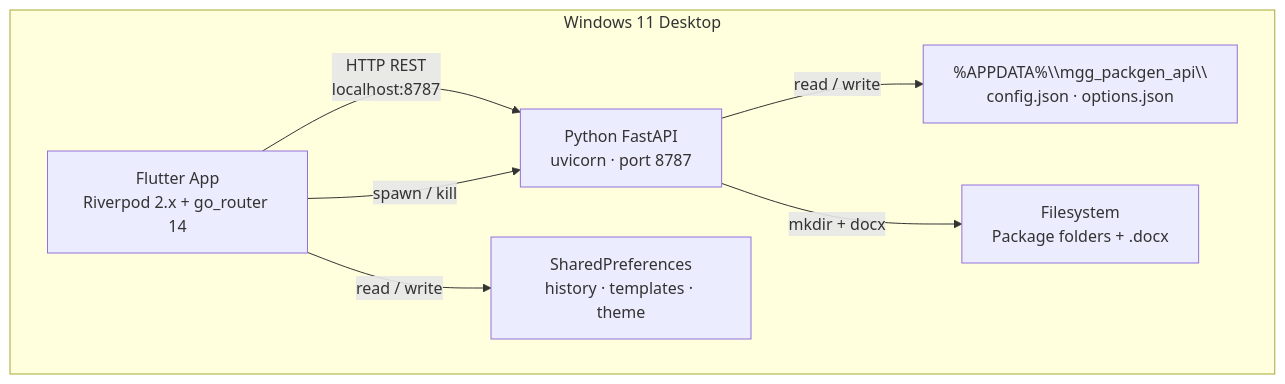
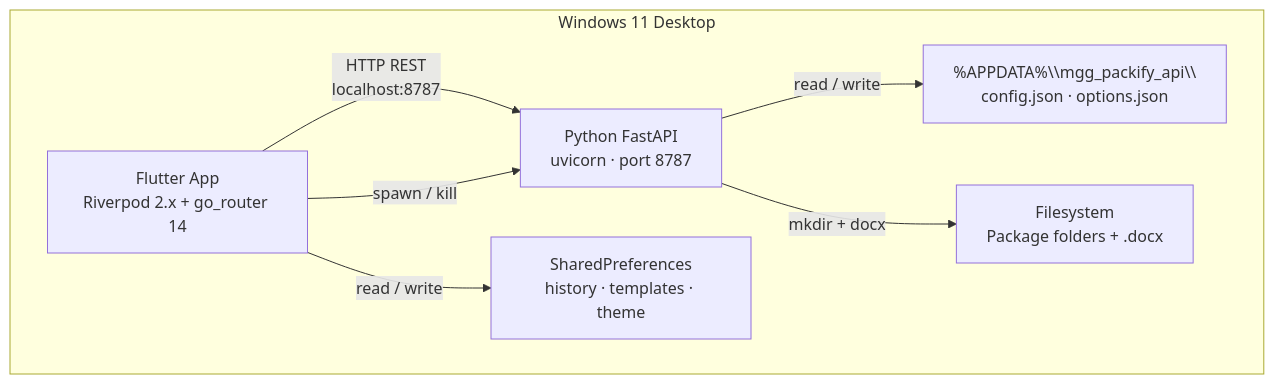
One commit to mgg-171093/mgg-packify changed the diagram in README.md. Above: the diagram before and after it, drawn with Mermaid. The commit also changed other lines of this file and 9 other files, not shown here.

Commit message:
refactor: rename Windows binary and update residual mgg_packgen references in docs and config

````diff
--- a/README.md
+++ b/README.md
@@ -23,16 +23,16 @@
 ```mermaid
 graph TB
     subgraph Windows["Windows 11 Desktop"]
         Flutter["Flutter App<br/>Riverpod 2.x + go_router 14"]
         API["Python FastAPI<br/>uvicorn · port 8787"]
         FS["Filesystem<br/>Package folders + .docx"]
-        Config["%APPDATA%\\mgg_packgen_api\\<br/>config.json · options.json"]
+        Config["%APPDATA%\\mgg_packify_api\\<br/>config.json · options.json"]
         SharedPrefs["SharedPreferences<br/>history · templates · theme"]
     end
 
     Flutter -->|"HTTP REST<br/>localhost:8787"| API
     Flutter -->|"spawn / kill"| API
     API -->|"read / write"| Config
     API -->|"mkdir + docx"| FS
     Flutter -->|"read / write"| SharedPrefs
 ```
````
